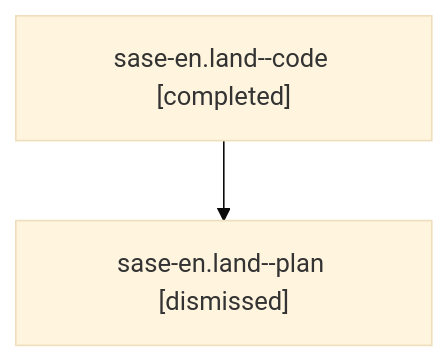
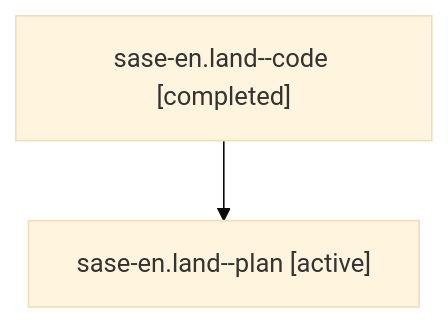
The diagram in families/bbugyi200.athena.sase-en.land.md (sase-org/sase--agents), drawn with Mermaid (base theme) before and after one commit. The commit also changed other lines of this file and 4556 other files, not shown here.

````diff
--- a/families/bbugyi200.athena.sase-en.land.md
+++ b/families/bbugyi200.athena.sase-en.land.md
@@ -9,6 +9,6 @@
 ```mermaid
 flowchart TD
   n0["sase-en.land--code [completed]"]
-  n1["sase-en.land--plan [dismissed]"]
+  n1["sase-en.land--plan [active]"]
   n0 --> n1
 ```
````
